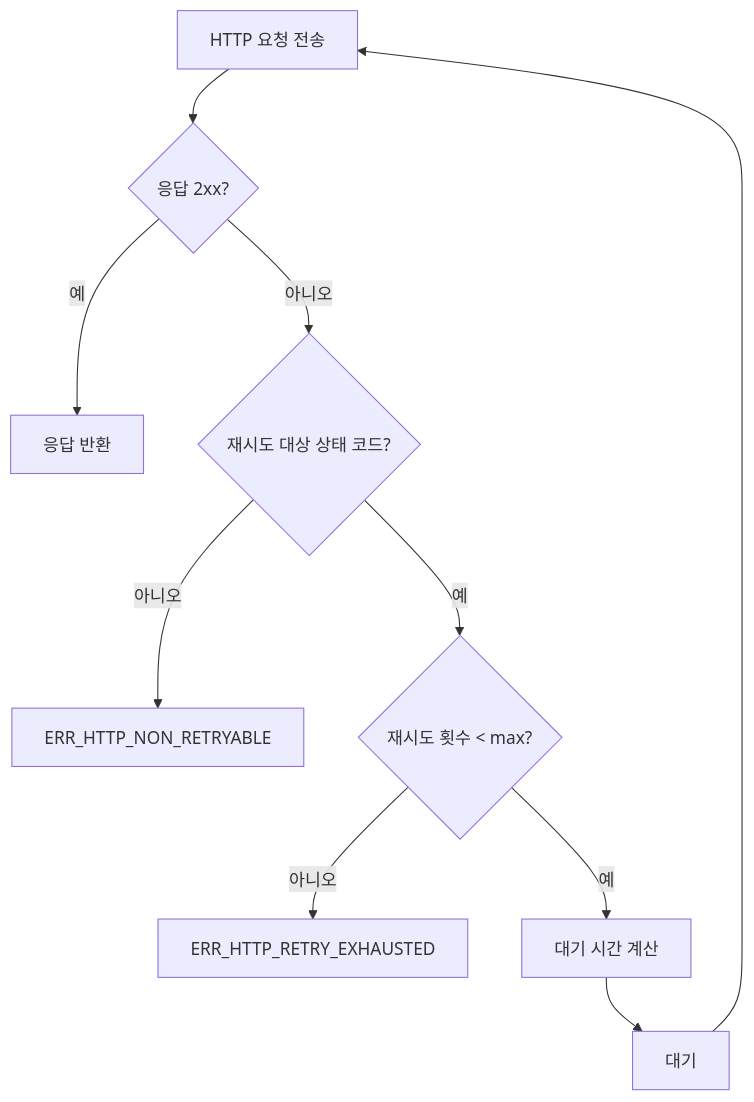
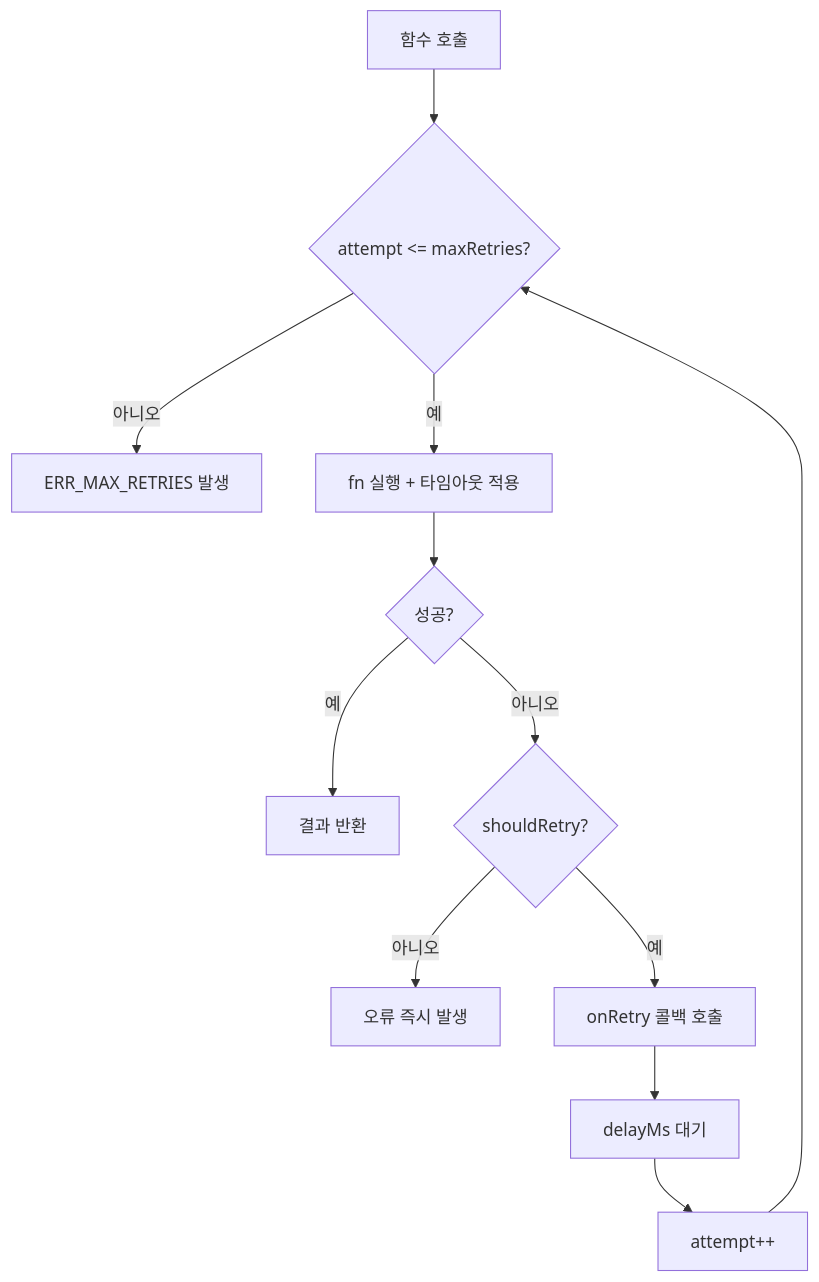
Before and after one commit to woongki-jung/Hackathon: the diagram in docs/specs/functions/func_cmn-http-001.md, drawn with Mermaid. The commit also changed other lines of this file and 113 other files, not shown here.

````diff
--- a/docs/specs/functions/func_cmn-http-001.md
+++ b/docs/specs/functions/func_cmn-http-001.md
@@ -69,12 +47,14 @@
 ```mermaid
 flowchart TD
-    A[HTTP 요청 전송] --> B{응답 2xx?}
-    B -- 예 --> C[응답 반환]
-    B -- 아니오 --> D{재시도 대상 상태 코드?}
-    D -- 아니오 --> E[ERR_HTTP_NON_RETRYABLE]
-    D -- 예 --> F{재시도 횟수 < max?}
-    F -- 아니오 --> G[ERR_HTTP_RETRY_EXHAUSTED]
-    F -- 예 --> H[대기 시간 계산]
-    H --> I[대기]
-    I --> A
+    A[함수 호출] --> B{attempt <= maxRetries?}
+    B -- 아니오 --> C[ERR_MAX_RETRIES 발생]
+    B -- 예 --> D[fn 실행 + 타임아웃 적용]
+    D --> E{성공?}
+    E -- 예 --> F[결과 반환]
+    E -- 아니오 --> G{shouldRetry?}
+    G -- 아니오 --> H[오류 즉시 발생]
+    G -- 예 --> I[onRetry 콜백 호출]
+    I --> J[delayMs 대기]
+    J --> K[attempt++]
+    K --> B
 ```
````
